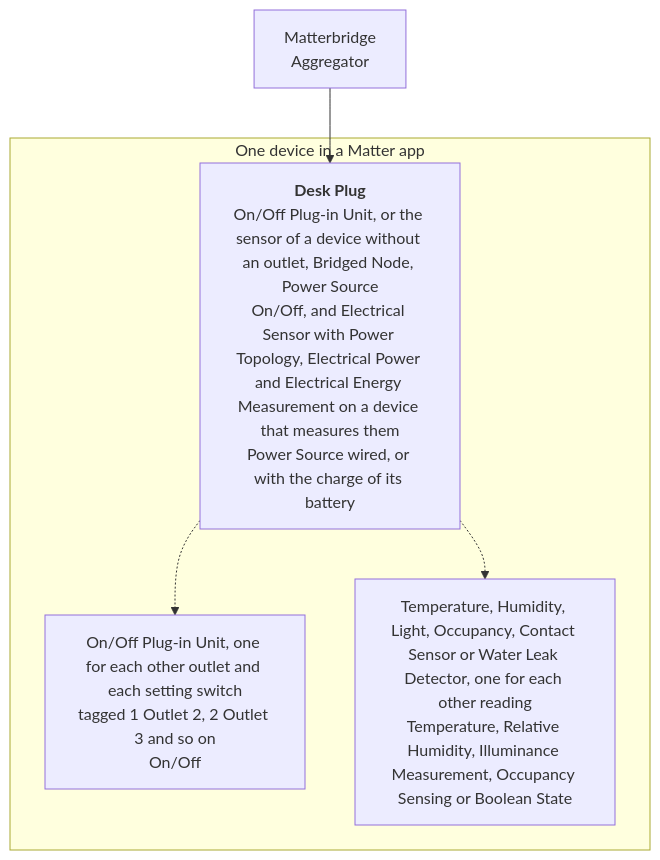
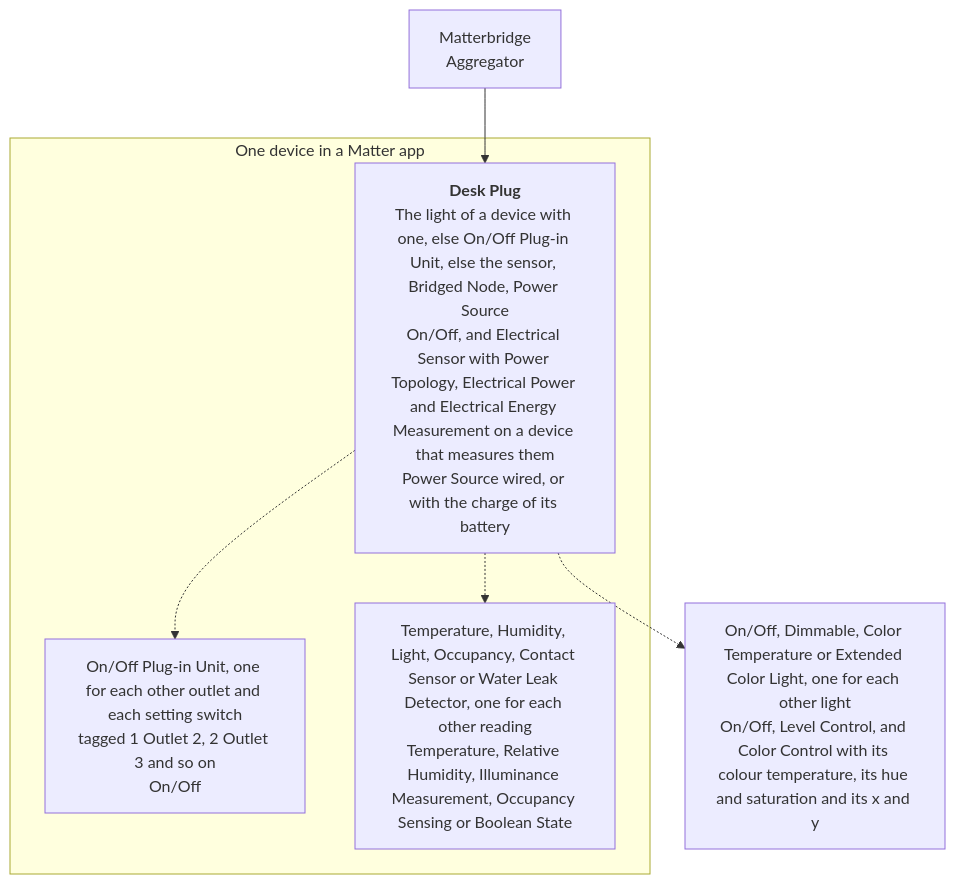
One commit to cheziyi/matterbridge-open-tuya changed the diagram in README.md. Above: the diagram before and after it, drawn with Mermaid. The commit also changed other lines of this file and 9 other files, not shown here.

First line of the commit message:
feat(setup): show lights in the setup page and document them

````diff
--- a/README.md
+++ b/README.md
@@ -86,12 +87,14 @@
 ```mermaid
 flowchart TD
     bridge["Matterbridge<br/>Aggregator"]
     subgraph device["One device in a Matter app"]
-        main["<b>Desk Plug</b><br/>On/Off Plug-in Unit, or the sensor of a device without an outlet, Bridged Node, Power Source<br/>On/Off, and Electrical Sensor with Power Topology, Electrical Power and Electrical Energy Measurement on a device that measures them<br/>Power Source wired, or with the charge of its battery"]
+        main["<b>Desk Plug</b><br/>The light of a device with one, else On/Off Plug-in Unit, else the sensor, Bridged Node, Power Source<br/>On/Off, and Electrical Sensor with Power Topology, Electrical Power and Electrical Energy Measurement on a device that measures them<br/>Power Source wired, or with the charge of its battery"]
         outlets["On/Off Plug-in Unit, one for each other outlet and each setting switch<br/>tagged 1 Outlet 2, 2 Outlet 3 and so on<br/>On/Off"]
         sensors["Temperature, Humidity, Light, Occupancy, Contact Sensor or Water Leak Detector, one for each other reading<br/>Temperature, Relative Humidity, Illuminance Measurement, Occupancy Sensing or Boolean State"]
     end
+    lights["On/Off, Dimmable, Color Temperature or Extended Color Light, one for each other light<br/>On/Off, Level Control, and Color Control with its colour temperature, its hue and saturation and its x and y"]
     bridge --> main
+    main -.-> lights
     main -.-> outlets
     main -.-> sensors
 ```
````
